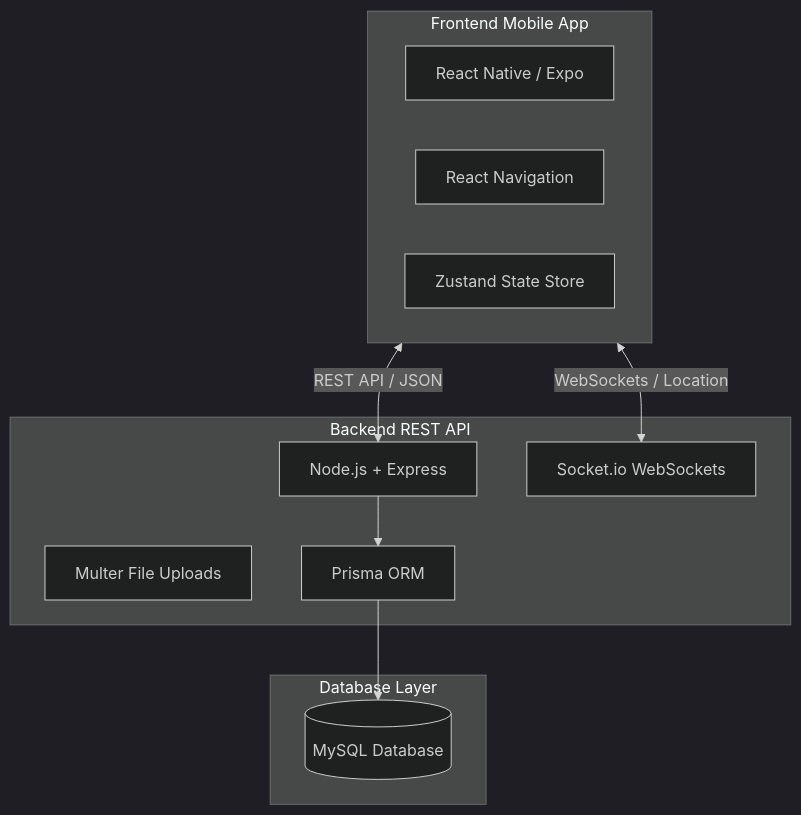
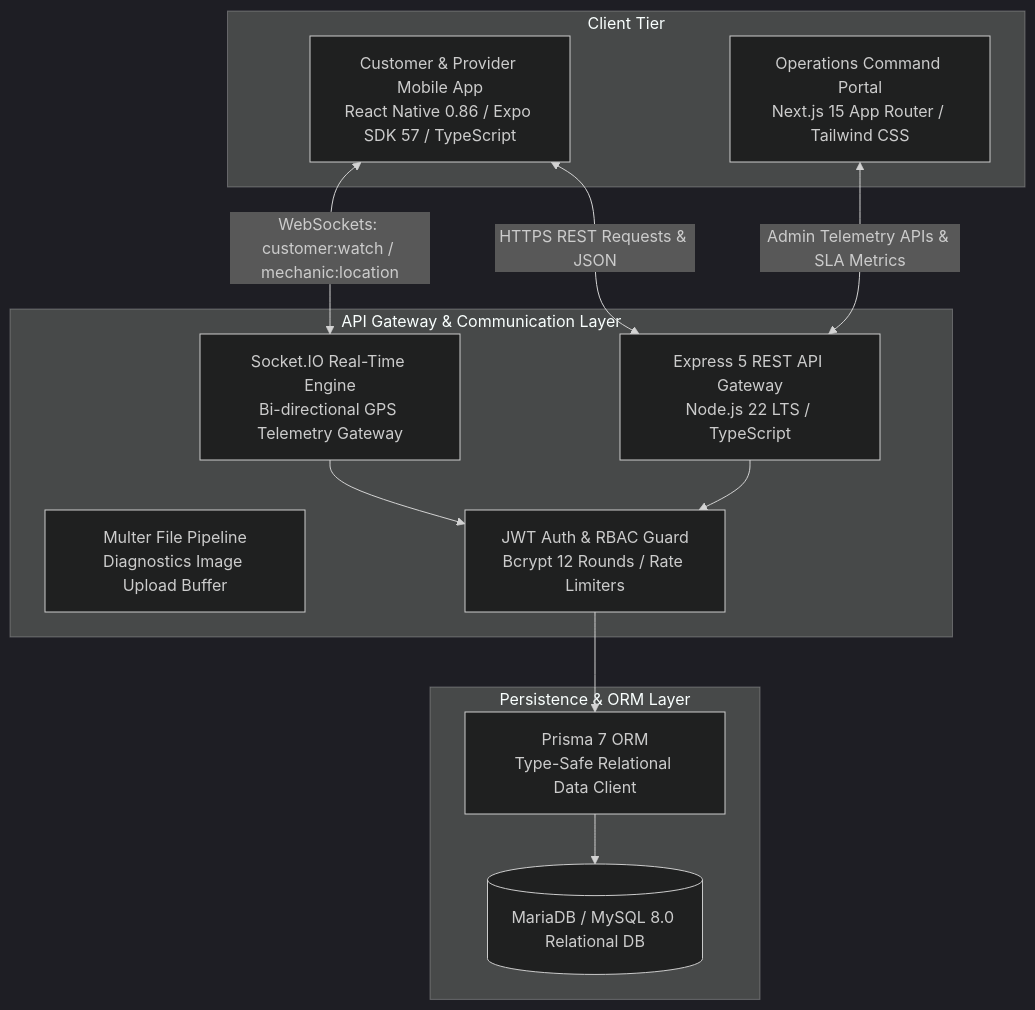
One commit to ROS-RENDO/TechTuneHealer changed the diagram in TechTune_Healer_Presentation_Kit.md. Above: the diagram before and after it, drawn with Mermaid (dark theme). The commit also changed other lines of this file and 12 other files, not shown here.

Commit message:
feat(mobile): integrate EV charging hubs, 3D garage telemetry, CI/CD pipelines, and finalize defense documentation

````diff
--- a/TechTune_Healer_Presentation_Kit.md
+++ b/TechTune_Healer_Presentation_Kit.md
@@ -49,24 +57,27 @@
 ```mermaid
 graph TD
-    subgraph Client [Frontend Mobile App]
-        RN[React Native / Expo]
-        Nav[React Navigation]
-        Store[Zustand State Store]
+    subgraph ClientLayers [Client Tier]
+        RN[Customer & Provider Mobile App<br/>React Native 0.86 / Expo SDK 57 / TypeScript]
+        AdminWeb[Operations Command Portal<br/>Next.js 15 App Router / Tailwind CSS]
     end
 
-    subgraph Server [Backend REST API]
-        Express[Node.js + Express]
-        Socket[Socket.io WebSockets]
-        Multer[Multer File Uploads]
-        Prisma[Prisma ORM]
+    subgraph GatewayTier [API Gateway & Communication Layer]
+        Express[Express 5 REST API Gateway<br/>Node.js 22 LTS / TypeScript]
+        SocketIO[Socket.IO Real-Time Engine<br/>Bi-directional GPS Telemetry Gateway]
+        Multer[Multer File Pipeline<br/>Diagnostics Image Upload Buffer]
+        AuthGuard[JWT Auth & RBAC Guard<br/>Bcrypt 12 Rounds / Rate Limiters]
     end
 
-    subgraph Storage [Database Layer]
-        MySQL[(MySQL Database)]
+    subgraph DataTier [Persistence & ORM Layer]
+        Prisma[Prisma 7 ORM<br/>Type-Safe Relational Data Client]
+        MySQL[(MariaDB / MySQL 8.0 Relational DB)]
     end
 
-    Client <-- REST API / JSON --> Express
-    Client <-- WebSockets / Location --> Socket
-    Express --> Prisma
+    RN <-->|HTTPS REST Requests & JSON| Express
+    RN <-->|WebSockets: customer:watch / mechanic:location| SocketIO
+    AdminWeb <-->|Admin Telemetry APIs & SLA Metrics| Express
+    Express --> AuthGuard
+    AuthGuard --> Prisma
+    SocketIO --> AuthGuard
     Prisma --> MySQL
 ```
````
